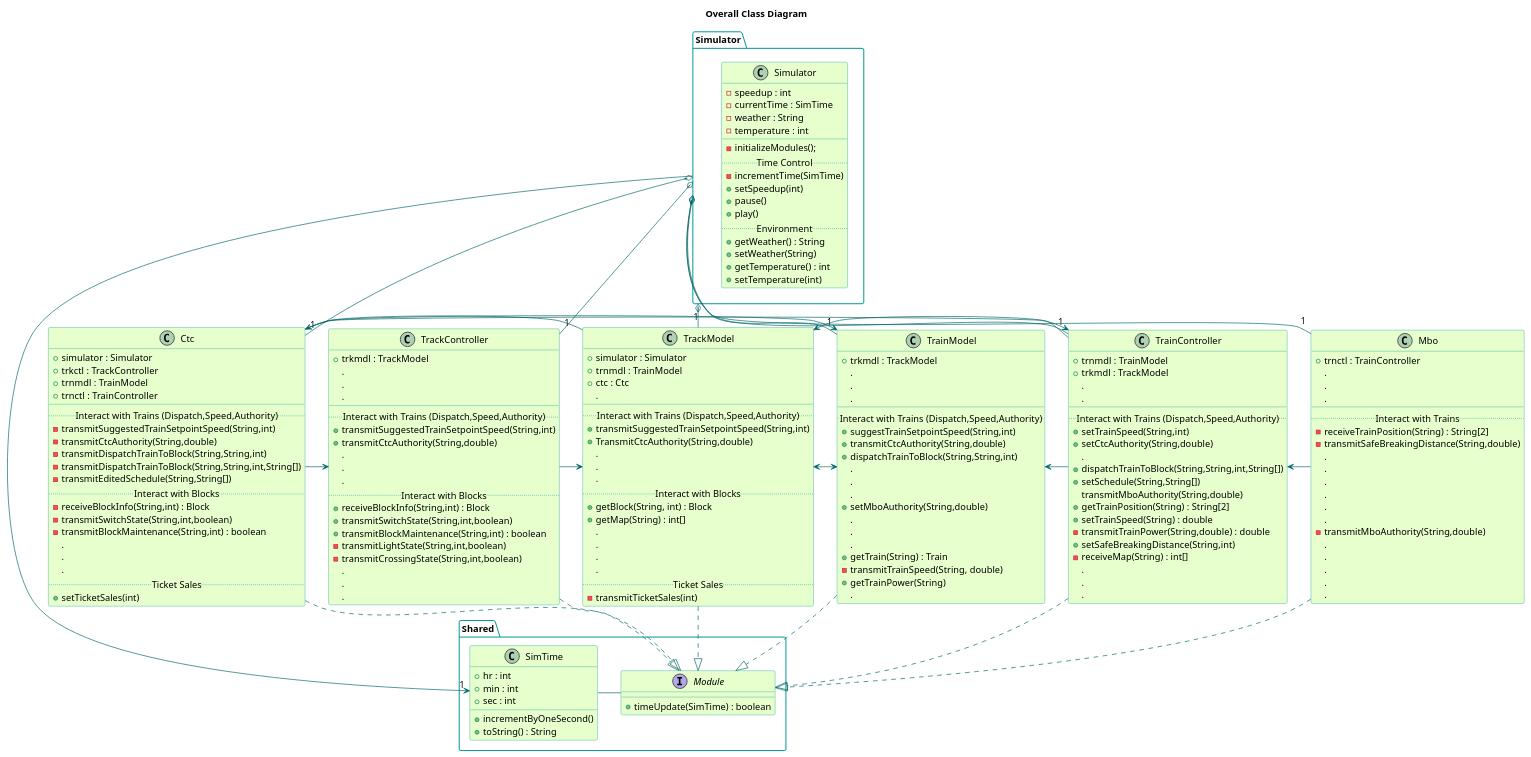
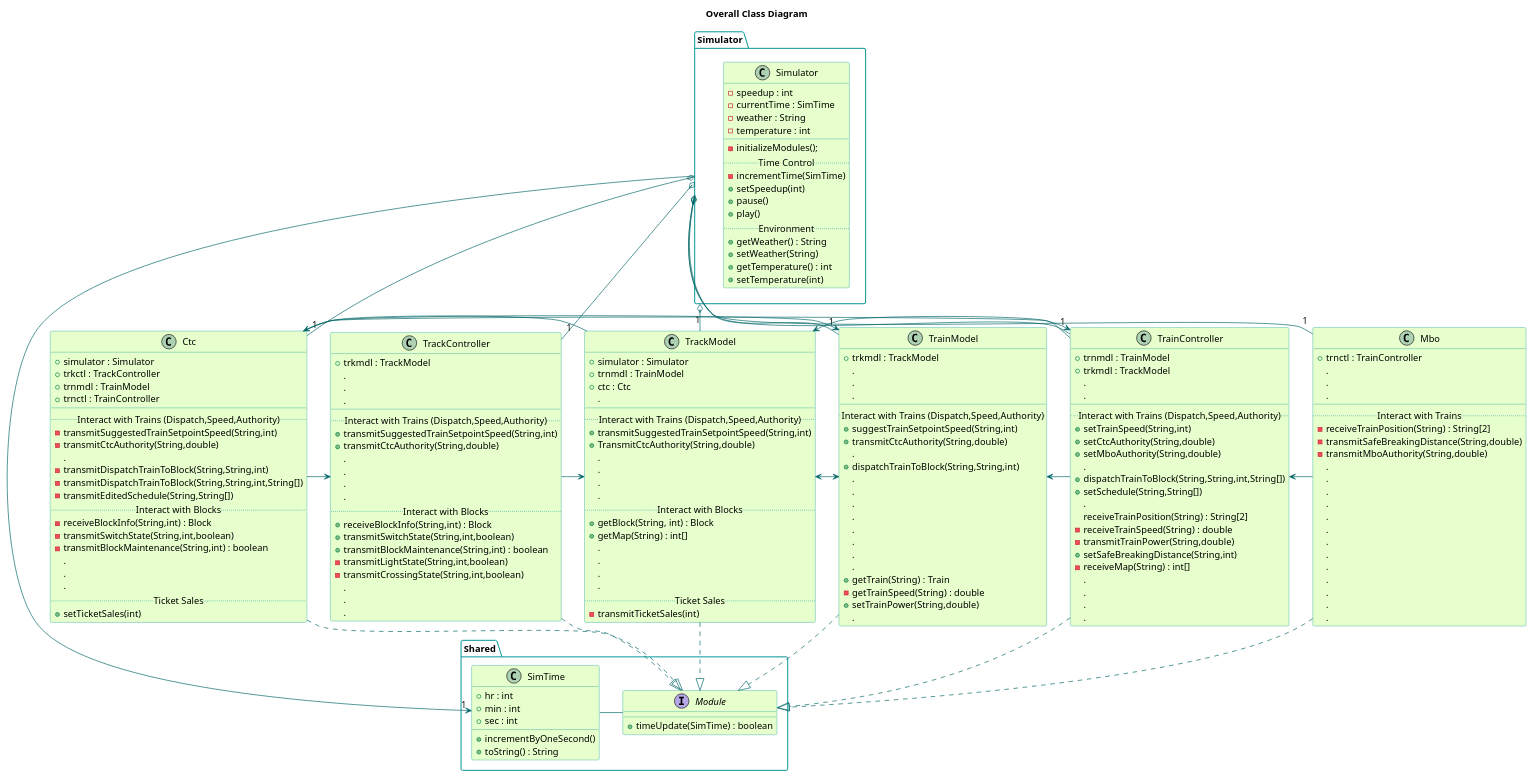
The diagram in TrainSystem/yUML/Class Diagrams/OverallClassDiagram.pu (kevingilboy/COE1186), drawn with PlantUML before and after one commit.

Commit message:
More improvements

```diff
--- a/TrainSystem/yUML/Class Diagrams/OverallClassDiagram.pu
+++ b/TrainSystem/yUML/Class Diagrams/OverallClassDiagram.pu
@@ -49,6 +49,7 @@
   ..Interact with Trains (Dispatch,Speed,Authority)..
   -transmitSuggestedTrainSetpointSpeed(String,int)
   -transmitCtcAuthority(String,double)
+  .
   -transmitDispatchTrainToBlock(String,String,int)
   -transmitDispatchTrainToBlock(String,String,int,String[])
     -transmitEditedSchedule(String,String[])
@@ -74,6 +75,7 @@
   .
   .
   .
+  .
   ..Interact with Blocks..
   +receiveBlockInfo(String,int) : Block
   +transmitSwitchState(String,int,boolean)
@@ -96,6 +98,7 @@
   .
   .
   .
+  .
   ..Interact with Blocks..
   +getBlock(String, int) : Block
   +getMap(String) : int[]
@@ -115,17 +118,19 @@
   ..Interact with Trains (Dispatch,Speed,Authority)..
   +suggestTrainSetpointSpeed(String,int)
   +transmitCtcAuthority(String,double)
+  .
   +dispatchTrainToBlock(String,String,int)
   .
   .
   .
-  +setMboAuthority(String,double)
+  .
+  .
   .
   .
   .
   +getTrain(String) : Train
-  -transmitTrainSpeed(String, double)
-  +getTrainPower(String)
+  -getTrainSpeed(String) : double
+  +setTrainPower(String,double)
   .
 }
 class TrainController{
@@ -137,15 +142,17 @@
   ..Interact with Trains (Dispatch,Speed,Authority)..
   +setTrainSpeed(String,int)
   +setCtcAuthority(String,double)
+  +setMboAuthority(String,double)
   .
   +dispatchTrainToBlock(String,String,int,String[])
   +setSchedule(String,String[])
-  transmitMboAuthority(String,double)
-  +getTrainPosition(String) : String[2]
-  +setTrainSpeed(String) : double
-  -transmitTrainPower(String,double) : double
+  .
+  receiveTrainPosition(String) : String[2]
+  -receiveTrainSpeed(String) : double
+  -transmitTrainPower(String,double)
   +setSafeBreakingDistance(String,int)
   -receiveMap(String) : int[]
+  .
   .
   .
   .
@@ -159,13 +166,15 @@
   ..Interact with Trains..
   -receiveTrainPosition(String) : String[2]
   -transmitSafeBreakingDistance(String,double)
+  -transmitMboAuthority(String,double)
   .
   .
   .
   .
   .
   .
-  -transmitMboAuthority(String,double)
+  .
+  .
   .
   .
   .
```
